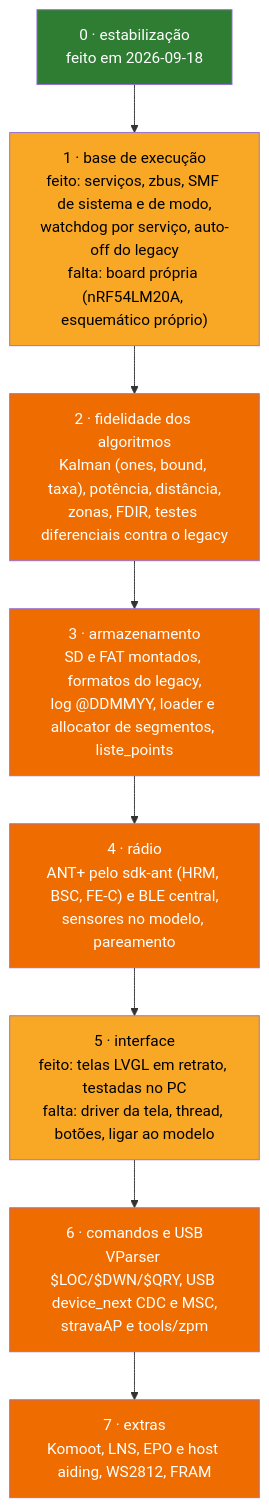
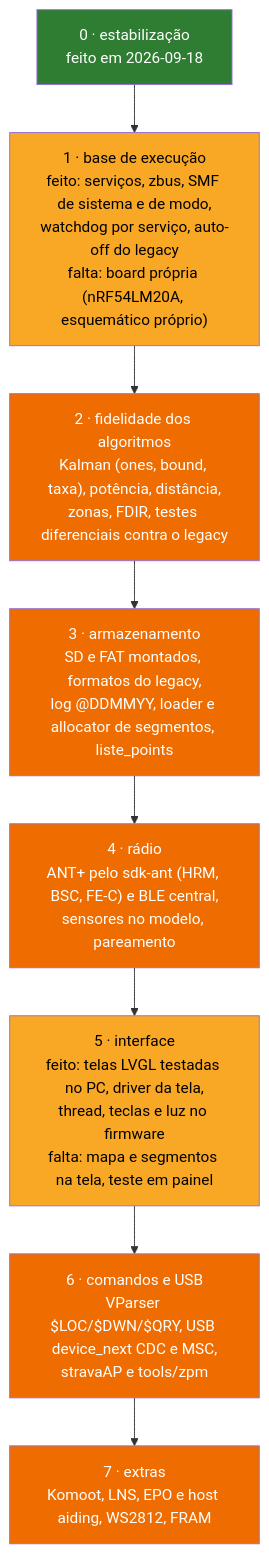
One commit to Guiimartinho/gnss-bike-computer changed the second of 2 diagrams in docs/10-status-do-port.md. Above: the diagram before and after it, drawn with Mermaid. The commit also changed other lines of this file and 47 other files, not shown here.

````diff
--- a/docs/10-status-do-port.md
+++ b/docs/10-status-do-port.md
@@ -112,14 +112,14 @@
 ```mermaid
 flowchart TD
     F0["0 · estabilização<br/>feito em 2026-09-18"]:::done --> F1
     F1["1 · base de execução<br/>feito: serviços, zbus, SMF de sistema e de modo,<br/>watchdog por serviço, auto-off do legacy<br/>falta: board própria (nRF54LM20A, esquemático próprio)"]:::partial --> F2
     F2["2 · fidelidade dos algoritmos<br/>Kalman (ones, bound, taxa), potência, distância,<br/>zonas, FDIR, testes diferenciais contra o legacy"]:::pending --> F3
     F3["3 · armazenamento<br/>SD e FAT montados, formatos do legacy,<br/>log @DDMMYY, loader e allocator de segmentos, liste_points"]:::pending --> F4
     F4["4 · rádio<br/>ANT+ pelo sdk-ant (HRM, BSC, FE-C) e BLE central,<br/>sensores no modelo, pareamento"]:::pending --> F5
-    F5["5 · interface<br/>feito: telas LVGL em retrato, testadas no PC<br/>falta: driver da tela, thread, botões, ligar ao modelo"]:::partial --> F6
+    F5["5 · interface<br/>feito: telas LVGL testadas no PC, driver da tela,<br/>thread, teclas e luz no firmware<br/>falta: mapa e segmentos na tela, teste em painel"]:::partial --> F6
     F6["6 · comandos e USB<br/>VParser $LOC/$DWN/$QRY, USB device_next CDC e MSC,<br/>stravaAP e tools/zpm"]:::pending --> F7
     F7["7 · extras<br/>Komoot, LNS, EPO e host aiding, WS2812, FRAM"]:::pending
     classDef done fill:#2e7d32,color:#ffffff
     classDef partial fill:#f9a825,color:#000000
     classDef pending fill:#ef6c00,color:#ffffff
 ```
````
